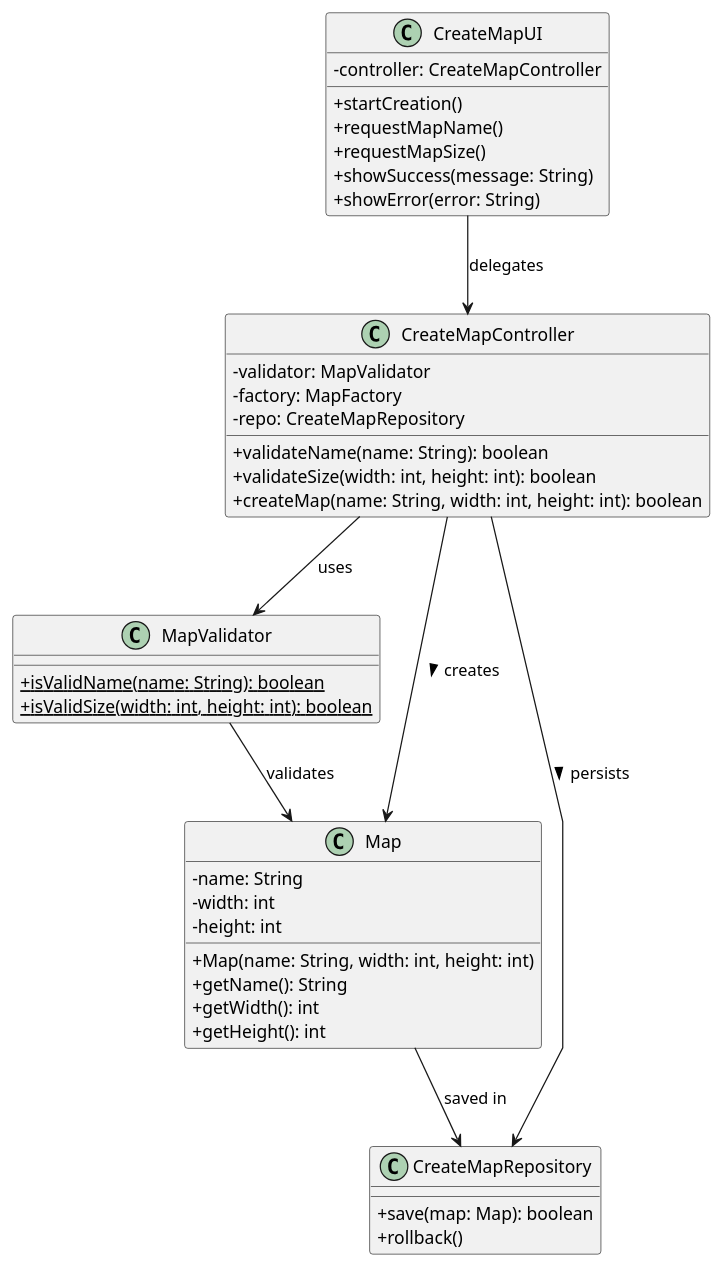
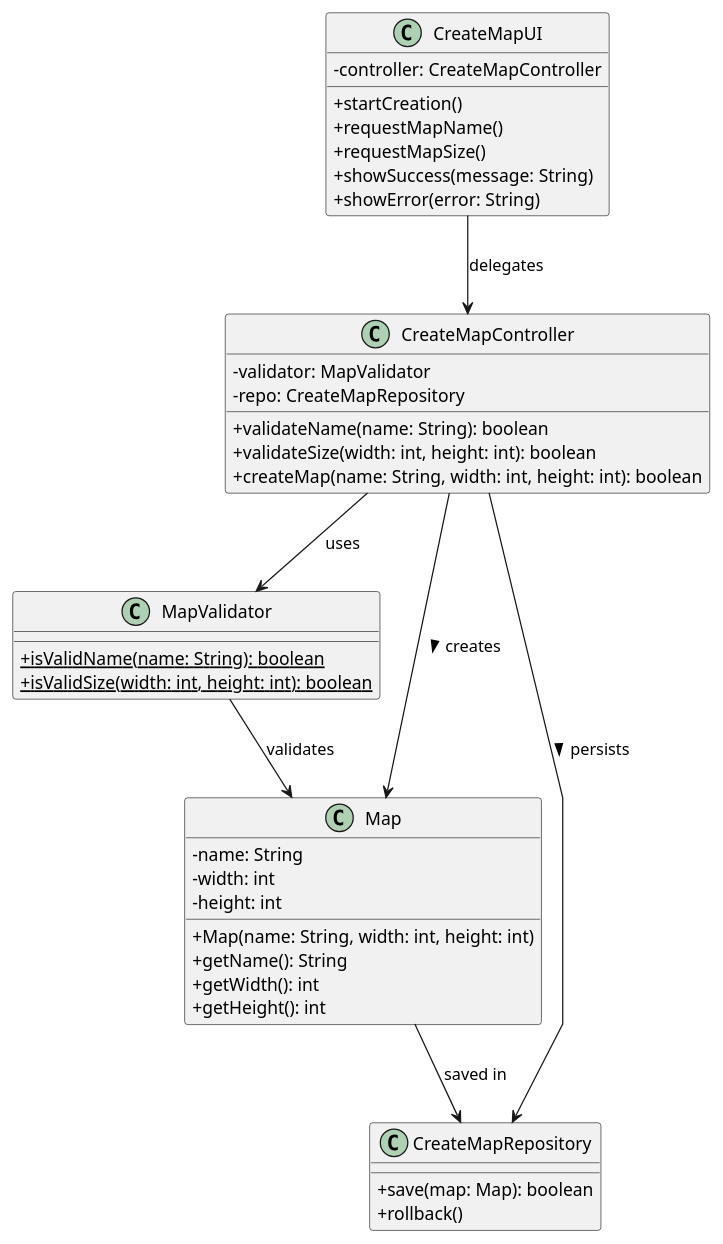
One commit to Andremonteiro1240850/railway_simulator changed the diagram in docs/system-documentation/US01/03.design.us01/puml/US01-CD.puml. Above: the diagram before and after it, drawn with PlantUML. The commit also changed 14 other files, not shown here.

```diff
--- a/docs/system-documentation/US01/03.design.us01/puml/US01-CD.puml
+++ b/docs/system-documentation/US01/03.design.us01/puml/US01-CD.puml
@@ -1,58 +1,57 @@
 @startuml
 'https://plantuml.com/class-diagram
 
 skinparam monochrome false
 skinparam packageStyle rectangle
 skinparam shadowing false
 skinparam linetype polyline
 skinparam classAttributeIconSize 0
 
 ' ==== Core Classes ====
 class CreateMapUI {
   - controller: CreateMapController
   + startCreation()
   + requestMapName()
   + requestMapSize()
   + showSuccess(message: String)
   + showError(error: String)
 }
 
 class CreateMapController {
   - validator: MapValidator
-  - factory: MapFactory
   - repo: CreateMapRepository
   + validateName(name: String): boolean
   + validateSize(width: int, height: int): boolean
   + createMap(name: String, width: int, height: int): boolean
 }
 
 class MapValidator {
   + isValidName(name: String): boolean {static}
   + isValidSize(width: int, height: int): boolean {static}
 }
 
 
 class Map {
   - name: String
   - width: int
   - height: int
   + Map(name: String, width: int, height: int)
   + getName(): String
   + getWidth(): int
   + getHeight(): int
 }
 
 class CreateMapRepository {
   + save(map: Map): boolean
   + rollback()
 }
 
 ' ==== Dependencies ====
 CreateMapUI --> CreateMapController : delegates
 CreateMapController --> MapValidator : uses
 MapValidator --> Map : validates
 CreateMapController --> Map : creates >
 CreateMapController --> CreateMapRepository : persists >
 Map --> CreateMapRepository : saved in
 
 @enduml
```
